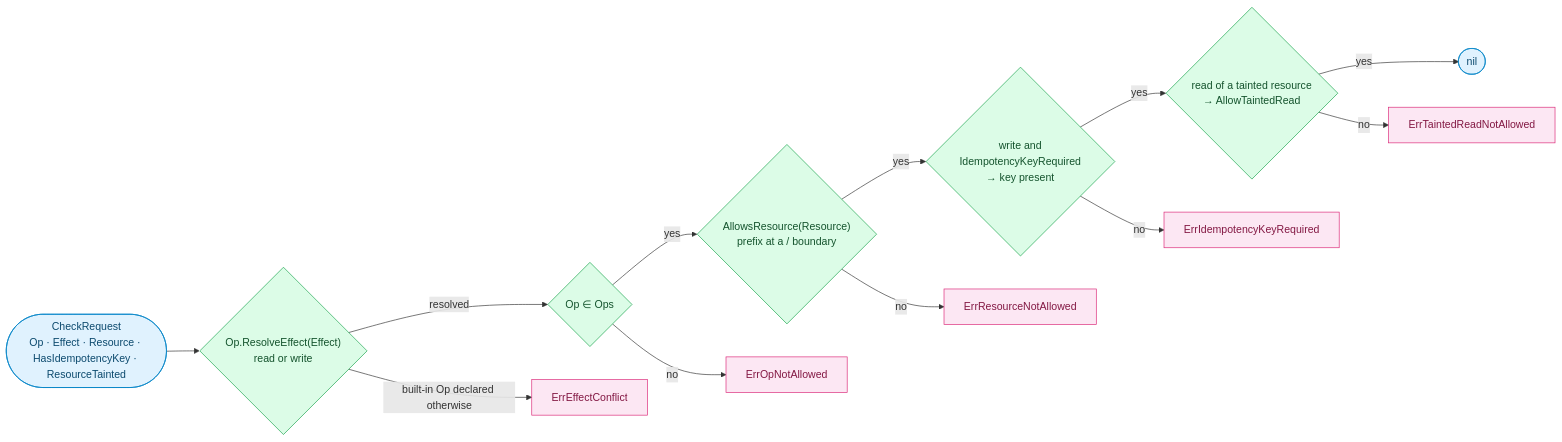
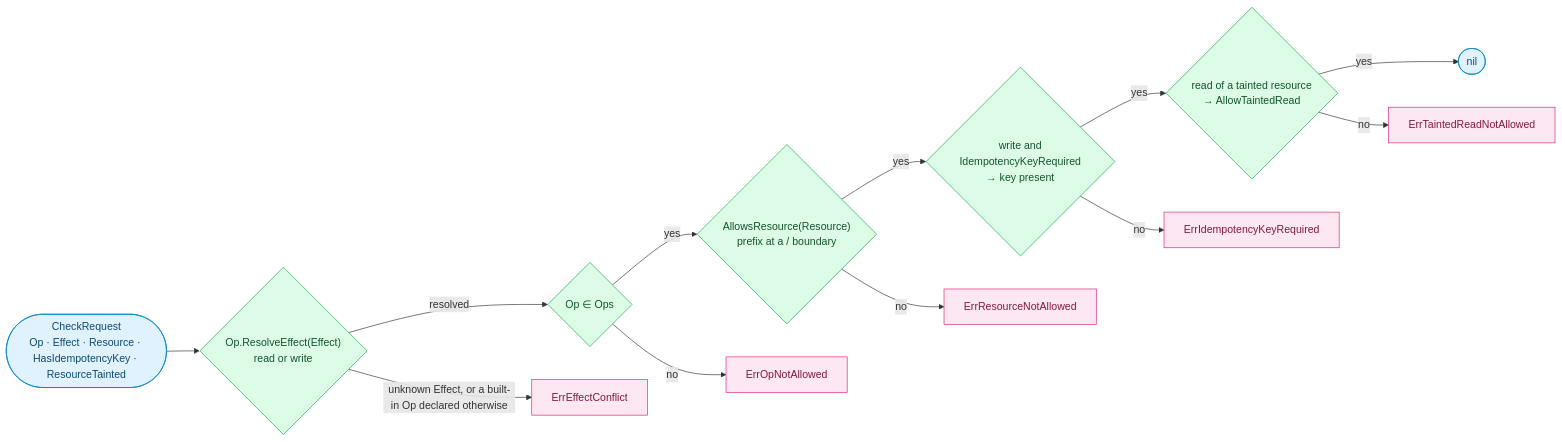
The sixth of 11 diagrams in docs/diagrams.md (oleg-tkachuk/limes), drawn with Mermaid before and after one commit. The commit also changed other lines of this file, not shown here.

First line of the commit message:
docs(diagrams): put the 503 row first and correct the cache, key and budget edges

````diff
--- a/docs/diagrams.md
+++ b/docs/diagrams.md
@@ -374,30 +377,30 @@
 ```mermaid
 flowchart LR
     req(["CheckRequest<br/>Op · Effect · Resource · HasIdempotencyKey · ResourceTainted"])
     eff{"Op.ResolveEffect(Effect)<br/>read or write"}
     op{"Op ∈ Ops"}
     res{"AllowsResource(Resource)<br/>prefix at a / boundary"}
     idem{"write and<br/>IdempotencyKeyRequired<br/>→ key present"}
     taint{"read of a tainted resource<br/>→ AllowTaintedRead"}
     ok(["nil"])
 
     e1["ErrOpNotAllowed"]
     e2["ErrResourceNotAllowed"]
     e3["ErrIdempotencyKeyRequired"]
     e4["ErrTaintedReadNotAllowed"]
     e0["ErrEffectConflict"]
 
     req --> eff -- resolved --> op -- yes --> res -- yes --> idem -- yes --> taint -- yes --> ok
     op -- no --> e1
     res -- no --> e2
     idem -- no --> e3
     taint -- no --> e4
-    eff -- "built-in Op declared otherwise" --> e0
+    eff -- "unknown Effect, or a built-in Op declared otherwise" --> e0
 
     classDef client fill:#E0F2FE,stroke:#0284C7,color:#0C4A6E
     classDef role fill:#DCFCE7,stroke:#16A34A,color:#14532D
     classDef external fill:#FCE7F3,stroke:#DB2777,color:#831843
     class req,ok client
     class eff,op,res,idem,taint role
     class e0,e1,e2,e3,e4 external
 ```
````
